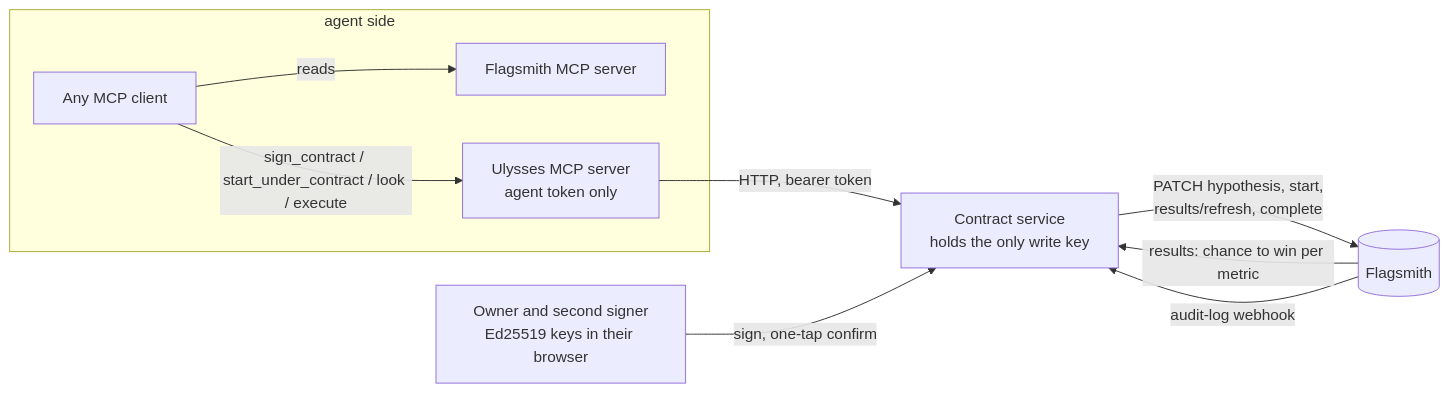
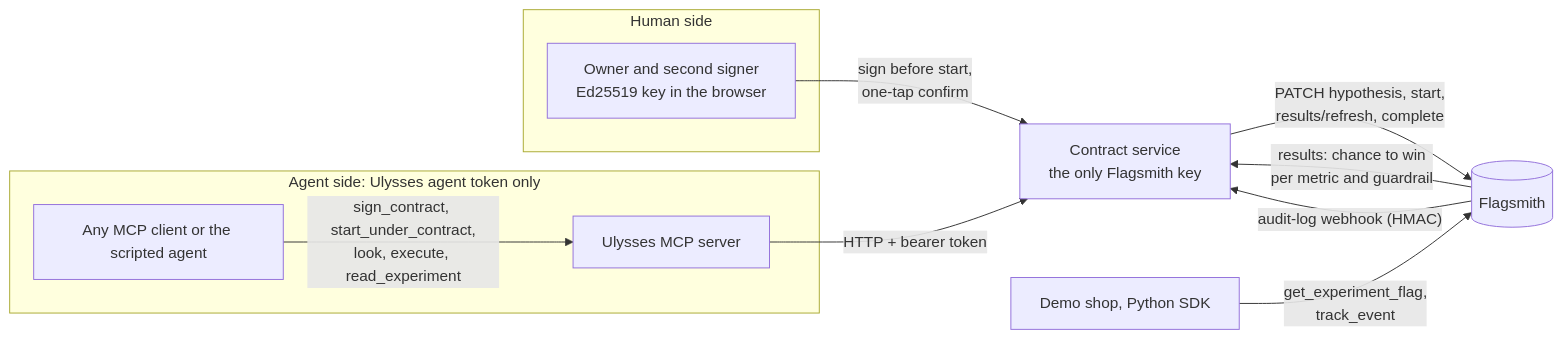
One commit to Dakshhhhh-ops/ulysses changed the diagram in README.md. Above: the diagram before and after it, drawn with Mermaid. The commit also changed other lines of this file, not shown here.

Commit message:
README: lead with false winners shipped, one-command demo, honest limits

````diff
--- a/README.md
+++ b/README.md
@@ -31,12 +89,15 @@
 ```mermaid
 flowchart LR
-  subgraph agent side
-    A[Any MCP client] -- reads --> F1[Flagsmith MCP server]
-    A -- sign_contract / start_under_contract / look / execute --> M[Ulysses MCP server<br/>agent token only]
+  subgraph agent["Agent side: Ulysses agent token only"]
+    A[Any MCP client or the scripted agent] -- "sign_contract, start_under_contract,<br/>look, execute, read_experiment" --> M[Ulysses MCP server]
   end
-  M -- HTTP, bearer token --> S[Contract service<br/>holds the only write key]
-  O[Owner and second signer<br/>Ed25519 keys in their browser] -- sign, one-tap confirm --> S
-  S -- PATCH hypothesis, start,<br/>results/refresh, complete --> FS[(Flagsmith)]
-  FS -- results: chance to win per metric --> S
-  FS -- audit-log webhook --> S
+  subgraph human["Human side"]
+    O[Owner and second signer<br/>Ed25519 key in the browser]
+  end
+  M -- HTTP + bearer token --> S[Contract service<br/>the only Flagsmith key]
+  O -- sign before start,<br/>one-tap confirm --> S
+  S -- "PATCH hypothesis, start,<br/>results/refresh, complete" --> FS[(Flagsmith)]
+  FS -- "results: chance to win<br/>per metric and guardrail" --> S
+  FS -- "audit-log webhook (HMAC)" --> S
+  SH[Demo shop, Python SDK] -- "get_experiment_flag,<br/>track_event" --> FS
 ```
````
